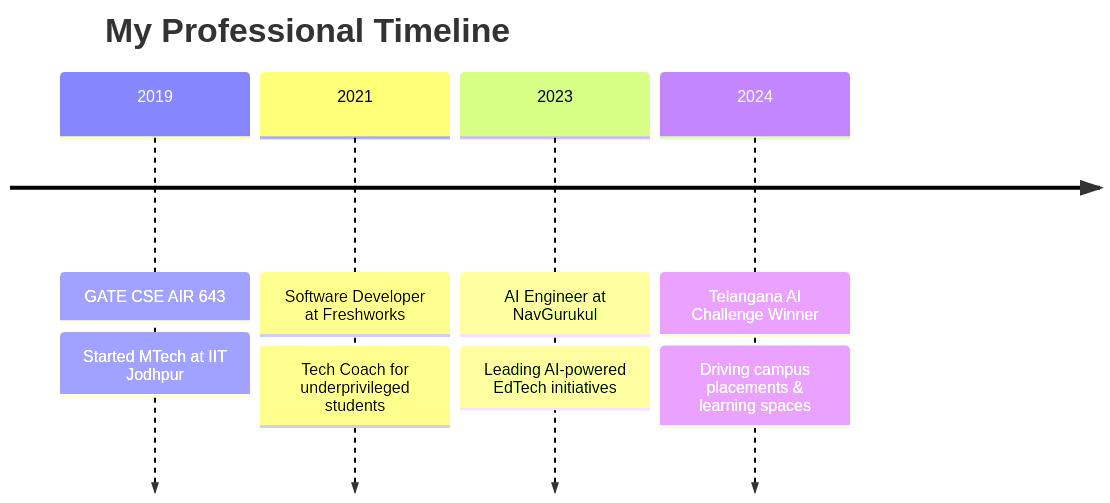
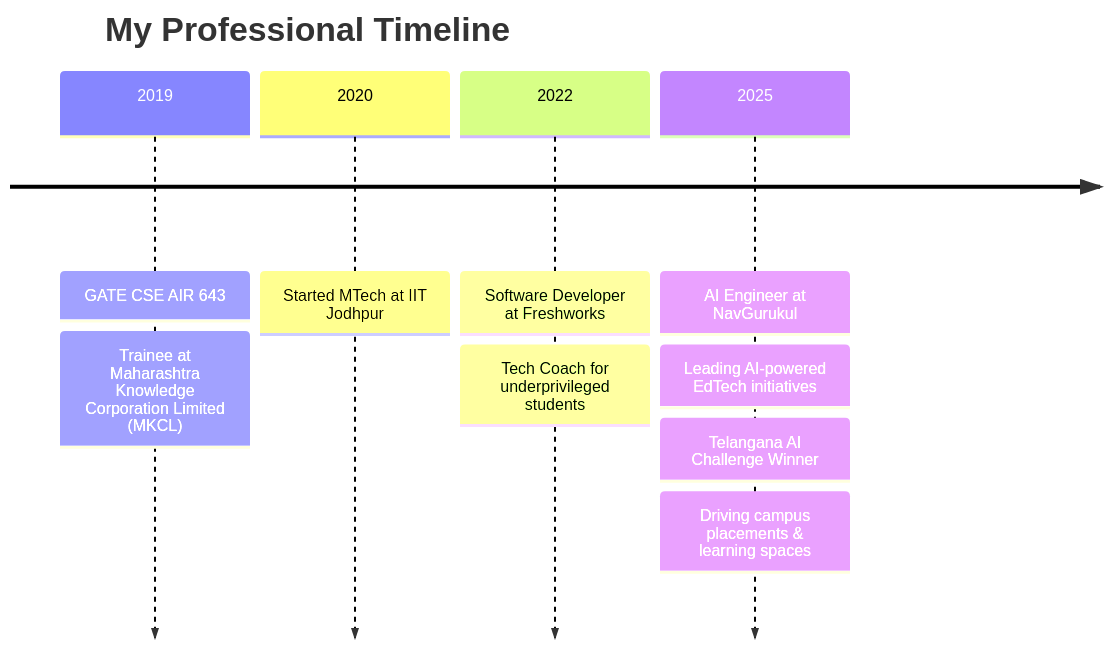
Before and after one commit to Vinit-source/Vinit-source: the diagram in README.md, drawn with Mermaid. The commit also changed other lines of this file, not shown here.

````diff
--- a/README.md
+++ b/README.md
@@ -59,16 +59,18 @@
 ```mermaid
 timeline
     title My Professional Timeline
     
     2019 : GATE CSE AIR 643
-         : Started MTech at IIT Jodhpur
+         : Trainee at Maharashtra Knowledge Corporation Limited (MKCL)
+
+    2020 : Started MTech at IIT Jodhpur
     
-    2021 : Software Developer at Freshworks
+    2022 : Software Developer at Freshworks
          : Tech Coach for underprivileged students
     
-    2023 : AI Engineer at NavGurukul
+    2025 : AI Engineer at NavGurukul
          : Leading AI-powered EdTech initiatives
-    
-    2024 : Telangana AI Challenge Winner
+         : Telangana AI Challenge Winner
          : Driving campus placements & learning spaces
+
 ```
````
